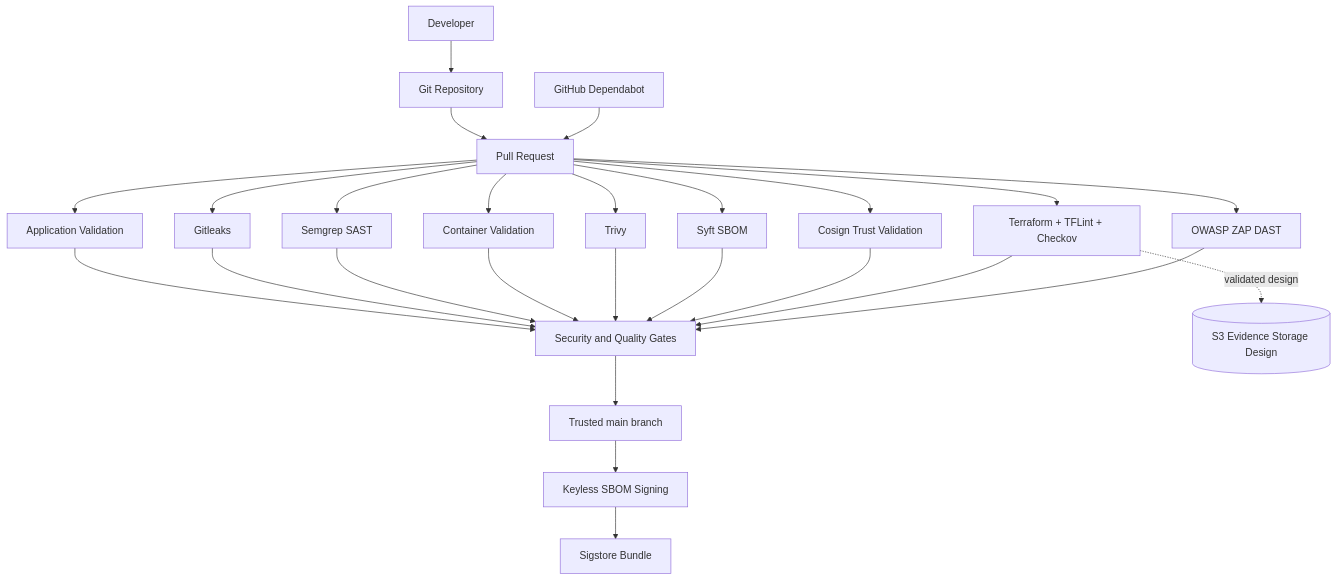
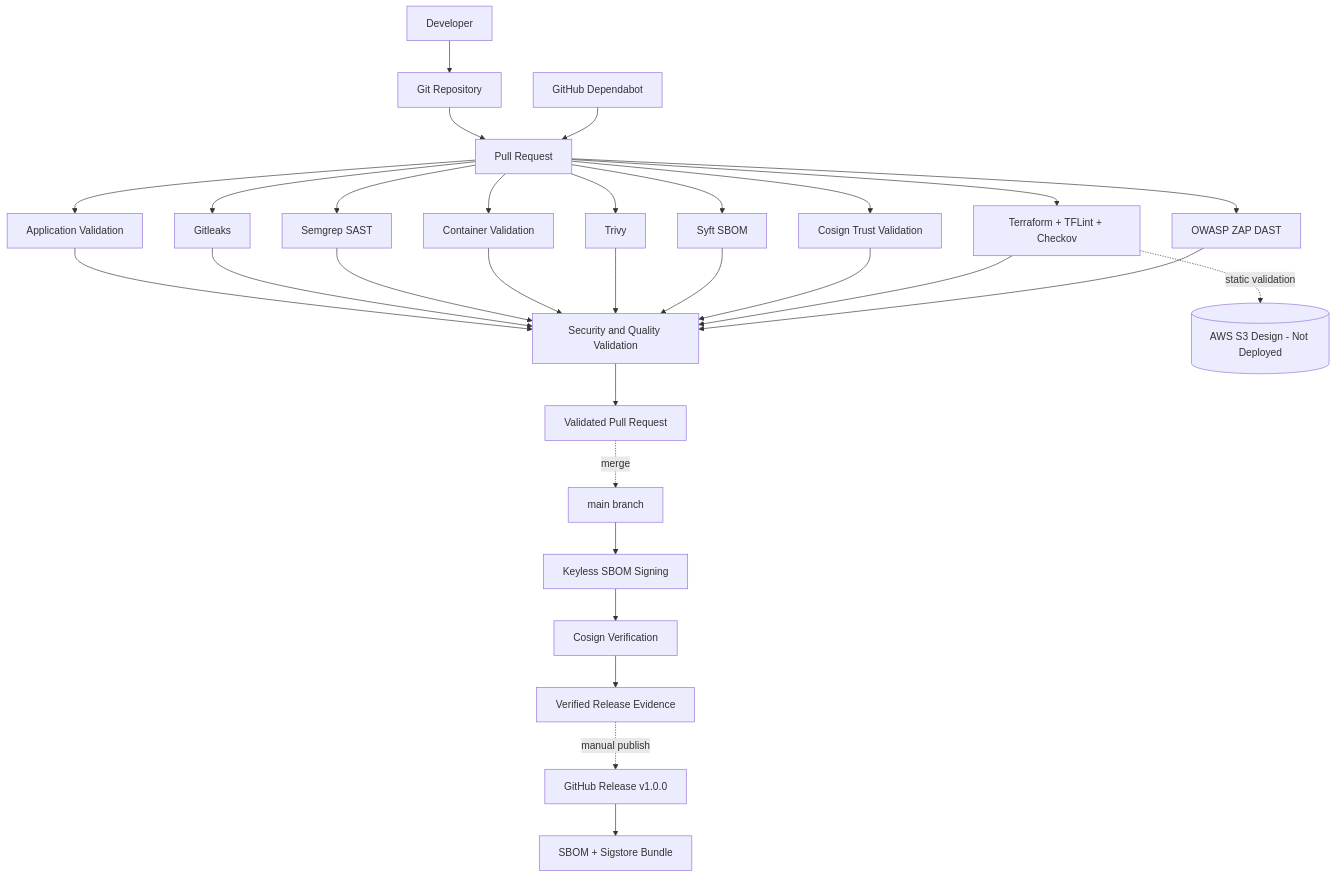
The diagram in README.md (Jes-lo/devsecops-secure-delivery-platform), drawn with Mermaid before and after one commit. The commit also changed other lines of this file, not shown here.

Commit message:
docs: polish release documentation

````diff
--- a/README.md
+++ b/README.md
@@ -37,34 +41,38 @@
 ```mermaid
 flowchart TD
     DEV[Developer] --> GIT[Git Repository]
     GIT --> PR[Pull Request]
+    DEP[GitHub Dependabot] --> PR
 
     PR --> CI[Application Validation]
     PR --> SECRET[Gitleaks]
     PR --> SAST[Semgrep SAST]
     PR --> CONTAINER[Container Validation]
     PR --> TRIVY[Trivy]
     PR --> SBOM[Syft SBOM]
     PR --> COSIGN[Cosign Trust Validation]
     PR --> IAC[Terraform + TFLint + Checkov]
     PR --> DAST[OWASP ZAP DAST]
 
-    CI --> GATE[Security and Quality Gates]
+    CI --> GATE[Security and Quality Validation]
     SECRET --> GATE
     SAST --> GATE
     CONTAINER --> GATE
     TRIVY --> GATE
     SBOM --> GATE
     COSIGN --> GATE
     IAC --> GATE
     DAST --> GATE
 
-    GATE --> MAIN[Trusted main branch]
+    GATE --> REVIEW[Validated Pull Request]
+    REVIEW -. merge .-> MAIN[main branch]
 
     MAIN --> SIGN[Keyless SBOM Signing]
-    SIGN --> SIGSTORE[Sigstore Bundle]
+    SIGN --> VERIFY[Cosign Verification]
+    VERIFY --> EVIDENCE[Verified Release Evidence]
+    EVIDENCE -. manual publish .-> RELEASE[GitHub Release v1.0.0]
 
-    DEP[GitHub Dependabot] --> PR
+    RELEASE --> ARTIFACTS[SBOM + Sigstore Bundle]
 
-    IAC -. validated design .-> S3[(S3 Evidence Storage Design)]
+    IAC -. static validation .-> S3[(AWS S3 Design - Not Deployed)]
 ```
````
